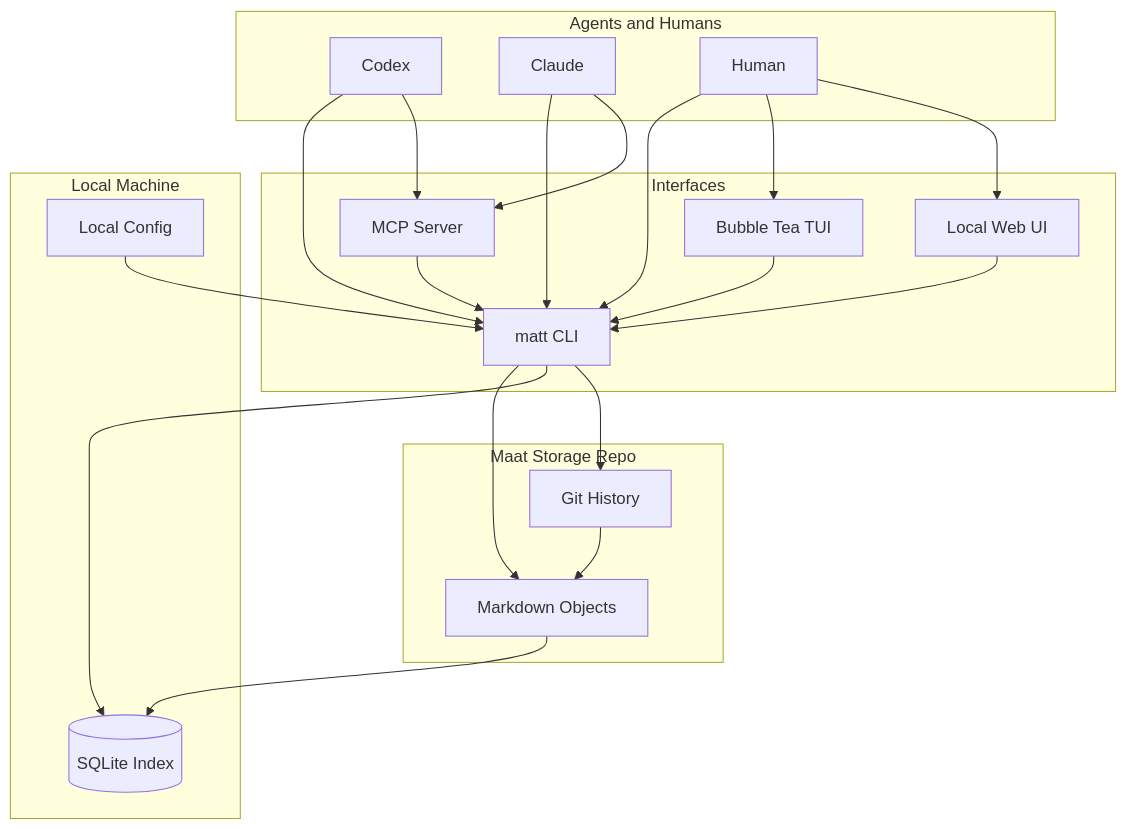
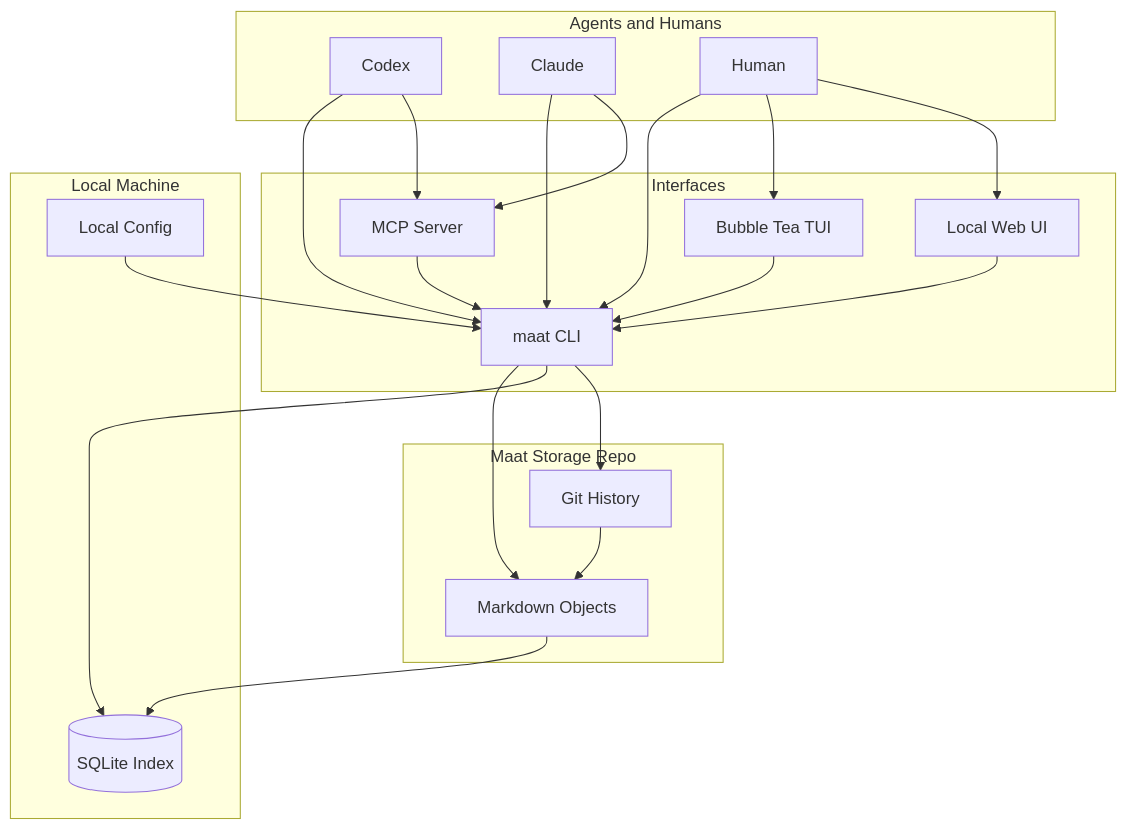
One commit to sunday-studio/maat changed the diagram in docs/architecture.md. Above: the diagram before and after it, drawn with Mermaid. The commit also changed other lines of this file and 21 other files, not shown here.

First line of the commit message:
feat(cli): add go-live setup flow

````diff
--- a/docs/architecture.md
+++ b/docs/architecture.md
@@ -33,43 +33,43 @@
 ```mermaid
 flowchart TD
     subgraph agents [Agents and Humans]
         A1[Codex]
         A2[Claude]
         H[Human]
     end
 
     subgraph interfaces [Interfaces]
-        CLI[matt CLI]
+        CLI[maat CLI]
         TUI[Bubble Tea TUI]
         WEB[Local Web UI]
         MCP[MCP Server]
     end
 
     subgraph local [Local Machine]
         IDX[(SQLite Index)]
         CFG[Local Config]
     end
 
     subgraph store [Maat Storage Repo]
         MD[Markdown Objects]
         GIT[Git History]
     end
 
     A1 --> CLI
     A2 --> CLI
     A1 --> MCP
     A2 --> MCP
     H --> CLI
     H --> TUI
     H --> WEB
 
     CLI --> MD
     TUI --> CLI
     WEB --> CLI
     MCP --> CLI
     CLI --> IDX
     CLI --> GIT
     CFG --> CLI
     MD --> IDX
     GIT --> MD
 ```
````
